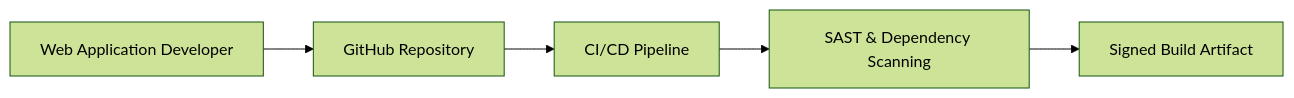
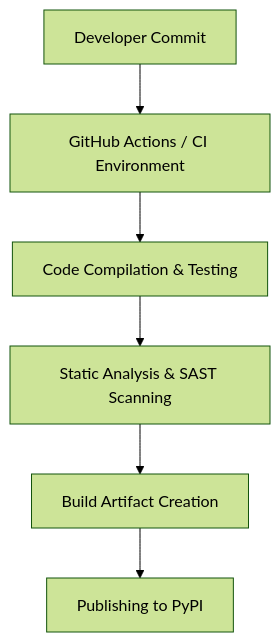
Before and after one commit to xvnpw/ai-security-analyzer: the fourth of 4 diagrams in examples/github-sec-design-flask-o3-mini.md, drawn with Mermaid (forest theme). The commit also changed other lines of this file and 218 other files, not shown here.

````diff
--- a/examples/github-sec-design-flask-o3-mini.md
+++ b/examples/github-sec-design-flask-o3-mini.md
@@ -124,13 +145,15 @@
 ```mermaid
-graph LR
-    Dev[Web Application Developer]
-    Repo[GitHub Repository]
-    CI[CI/CD Pipeline]
-    SAST[SAST & Dependency Scanning]
-    Artifact[Signed Build Artifact]
+graph TD
+    A[Developer Commit]
+    B[GitHub Actions / CI Environment]
+    C[Code Compilation & Testing]
+    D[Static Analysis & SAST Scanning]
+    E[Build Artifact Creation]
+    F[Publishing to PyPI]
 
-    Dev --> Repo
-    Repo --> CI
-    CI --> SAST
-    SAST --> Artifact
+    A --> B
+    B --> C
+    C --> D
+    D --> E
+    E --> F
 ```
````
